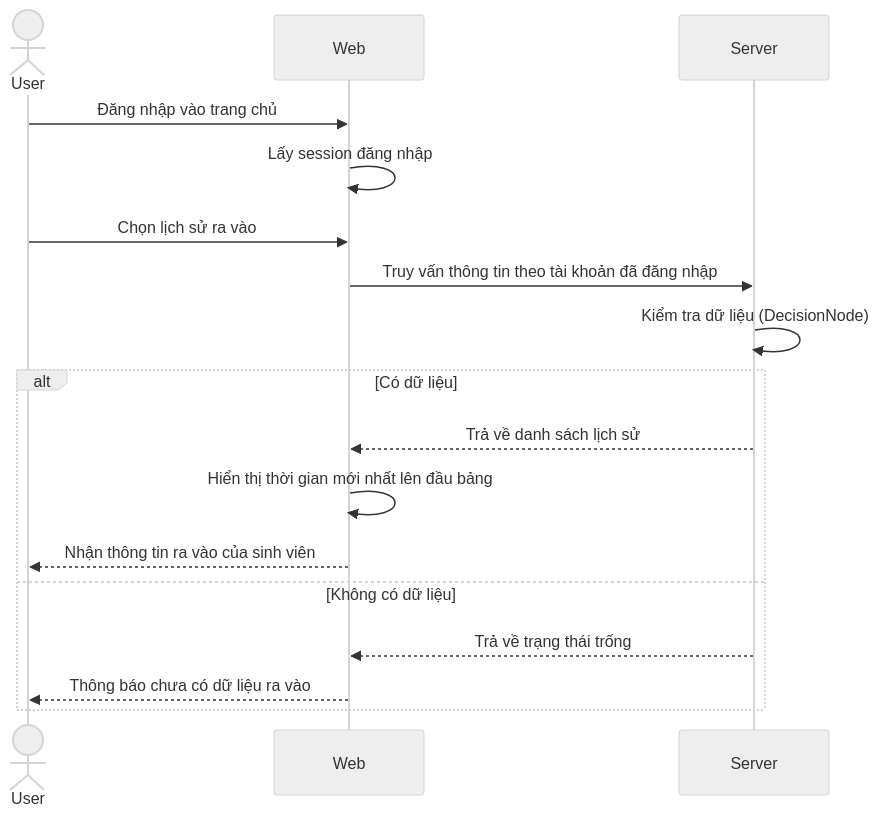
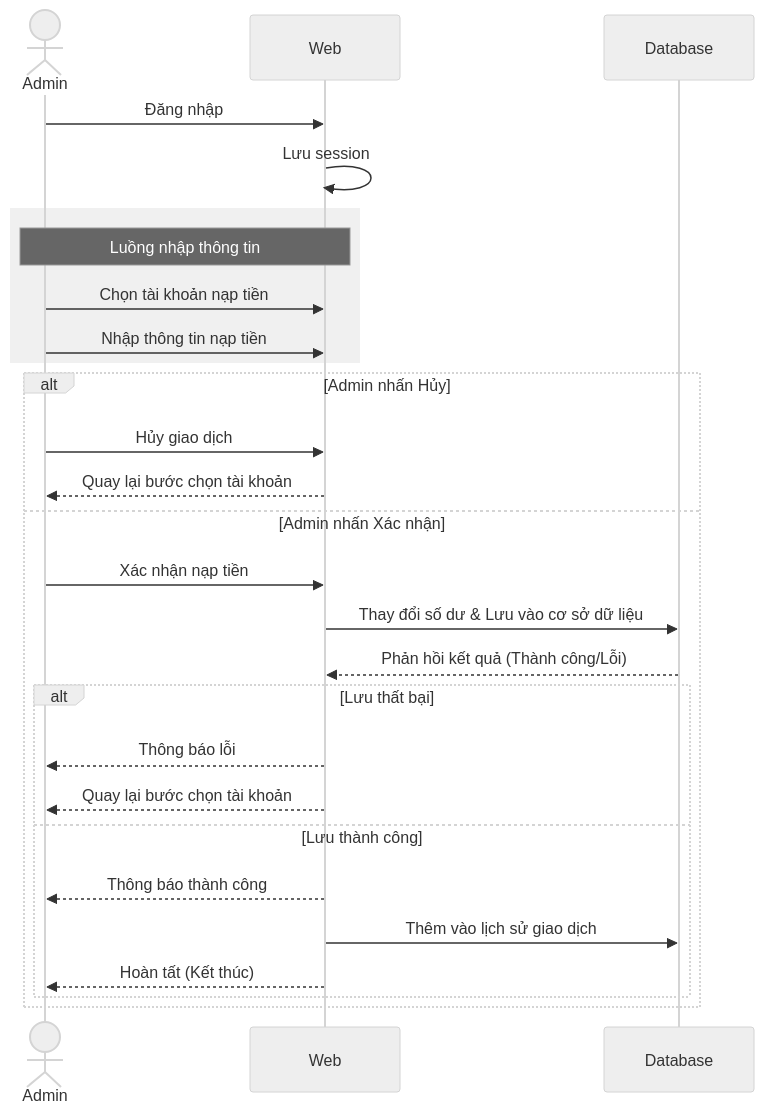
One commit to Duckkeip/TTTNDKT changed the second of 2 diagrams in README.md. Above: the diagram before and after it, drawn with Mermaid (neutral theme).

````diff
--- a/README.md
+++ b/README.md
@@ -78,23 +78,34 @@
 ```mermaid
 sequenceDiagram
-    actor User
+    actor Admin
     participant Web
-    participant Server
+    participant DB as Database
 
-    User->>Web: Đăng nhập vào trang chủ
-    Web->>Web: Lấy session đăng nhập
+    Admin->>Web: Đăng nhập
+    Web->>Web: Lưu session
     
-    User->>Web: Chọn lịch sử ra vào
-    Web->>Server: Truy vấn thông tin theo tài khoản đã đăng nhập
-    
-    Server->>Server: Kiểm tra dữ liệu (DecisionNode)
-    
-    alt Có dữ liệu
-        Server-->>Web: Trả về danh sách lịch sử
-        Web->>Web: Hiển thị thời gian mới nhất lên đầu bảng
-        Web-->>User: Nhận thông tin ra vào của sinh viên
-    else Không có dữ liệu
-        Server-->>Web: Trả về trạng thái trống
-        Web-->>User: Thông báo chưa có dữ liệu ra vào
+    rect rgb(240, 240, 240)
+    Note over Admin, Web: Luồng nhập thông tin
+    Admin->>Web: Chọn tài khoản nạp tiền
+    Admin->>Web: Nhập thông tin nạp tiền
+    end
+
+    alt Admin nhấn Hủy
+        Admin->>Web: Hủy giao dịch
+        Web-->>Admin: Quay lại bước chọn tài khoản
+    else Admin nhấn Xác nhận
+        Admin->>Web: Xác nhận nạp tiền
+        Web->>DB: Thay đổi số dư & Lưu vào cơ sở dữ liệu
+        
+        DB-->>Web: Phản hồi kết quả (Thành công/Lỗi)
+        
+        alt Lưu thất bại
+            Web-->>Admin: Thông báo lỗi
+            Web-->>Admin: Quay lại bước chọn tài khoản
+        else Lưu thành công
+            Web-->>Admin: Thông báo thành công
+            Web->>DB: Thêm vào lịch sử giao dịch
+            Web-->>Admin: Hoàn tất (Kết thúc)
+        end
     end
 ```
````
